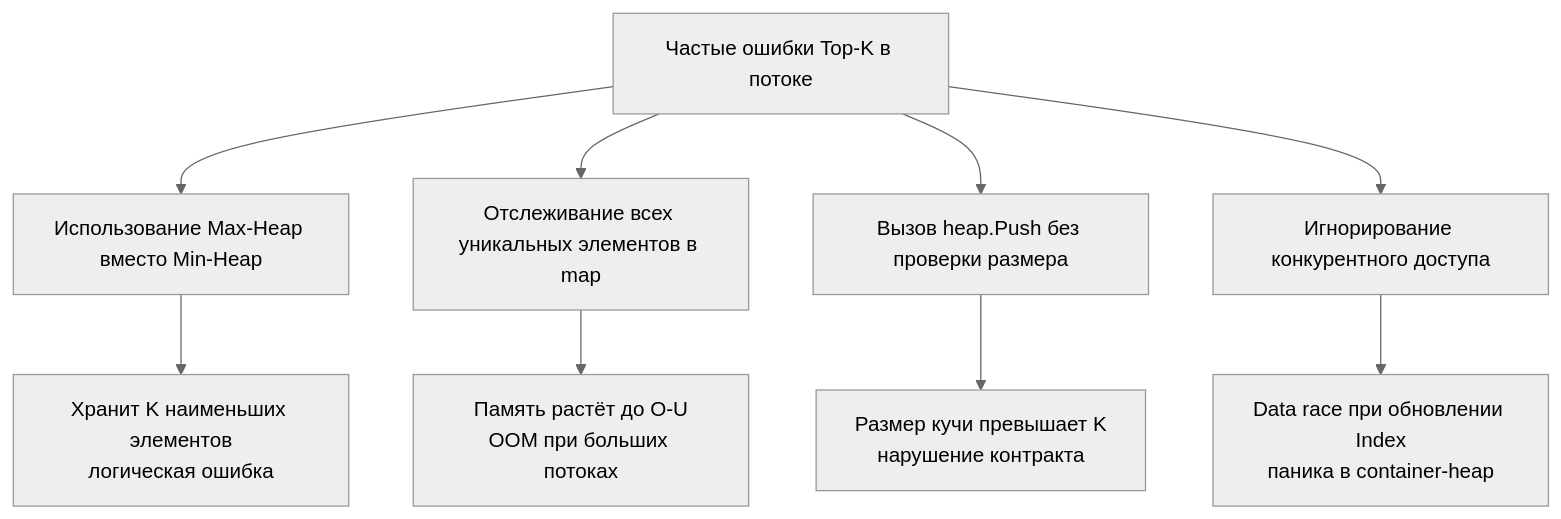
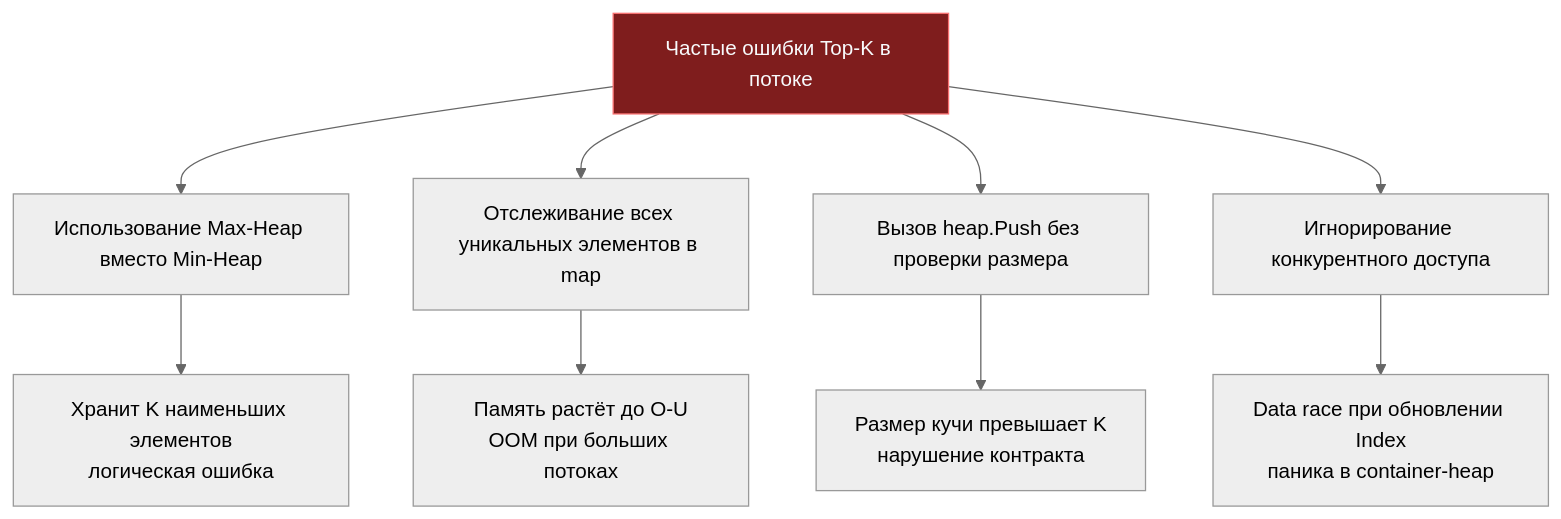
One commit to UnrealTemplier/go-textbook changed the second of 2 diagrams in sources/21. Задачи с LeetCode и собеседований на Go/02. Задачи/28. Потоковые алгоритмы/3. Top K Frequent Elements stream.md. Above: the diagram before and after it, drawn with Mermaid (neutral theme). The commit also changed other lines of this file and 1666 other files, not shown here.

First line of the commit message:
feat(mermaid): add semantic color classDef to 1369 colorless flowchart/graph diagrams

````diff
--- a/sources/21. Задачи с LeetCode и собеседований на Go/02. Задачи/28. Потоковые алгоритмы/3. Top K Frequent Elements stream.md
+++ b/sources/21. Задачи с LeetCode и собеседований на Go/02. Задачи/28. Потоковые алгоритмы/3. Top K Frequent Elements stream.md
@@ -172,12 +182,22 @@
 ```mermaid
 flowchart TD
-  A["Частые ошибки Top-K в потоке"] --> B["Использование Max-Heap вместо Min-Heap"]
+    classDef process  fill:#1e293b,stroke:#38bdf8,stroke-width:1px,color:#f8fafc
+    classDef success  fill:#064e3b,stroke:#34d399,stroke-width:1px,color:#f8fafc
+    classDef error    fill:#7f1d1d,stroke:#f87171,stroke-width:1px,color:#f8fafc
+    classDef warning  fill:#78350f,stroke:#fbbf24,stroke-width:1px,color:#f8fafc
+    classDef entry    fill:#1e3a5f,stroke:#38bdf8,stroke-width:2px,color:#f8fafc
+    classDef aux      fill:#334155,stroke:#64748b,stroke-width:1px,color:#f8fafc
+    classDef system   fill:#312e81,stroke:#a78bfa,stroke-width:1px,color:#f8fafc
+    classDef data     fill:#132d29,stroke:#2dd4bf,stroke-width:1px,color:#f8fafc
+    classDef network  fill:#881337,stroke:#fb7185,stroke-width:1px,color:#f8fafc
+    classDef accent   fill:#1e1b4b,stroke:#818cf8,stroke-width:1px,color:#f8fafc
+  A["Частые ошибки Top-K в потоке"]:::error --> B["Использование Max-Heap вместо Min-Heap"]
   A --> C["Отслеживание всех уникальных элементов в map"]
   A --> D["Вызов heap.Push без проверки размера"]
   A --> E["Игнорирование конкурентного доступа"]
   
   B --> F["Хранит K наименьших элементов<br>логическая ошибка"]
   C --> G["Память растёт до O-U<br>OOM при больших потоках"]
   D --> H["Размер кучи превышает K<br>нарушение контракта"]
   E --> I["Data race при обновлении Index<br>паника в container-heap"]
 ```
````
